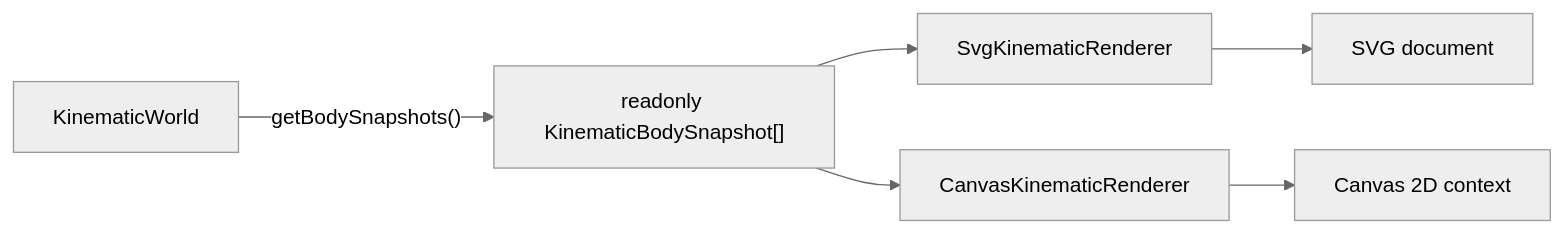
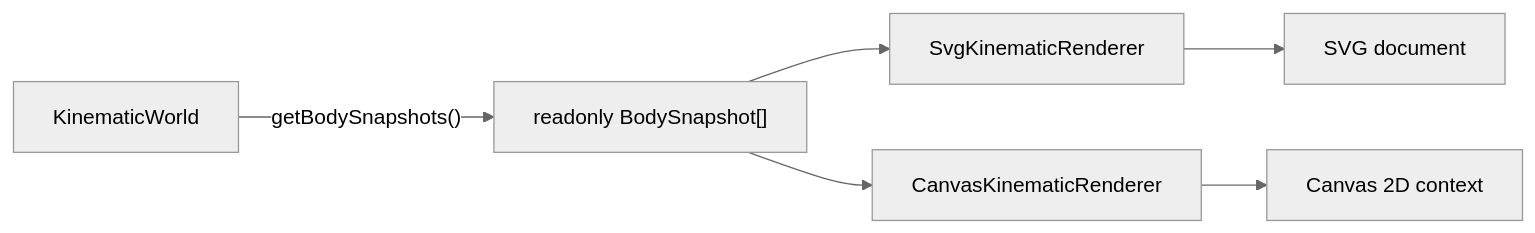
The ninth of 21 diagrams in docs/architecture/README.md (fa-ribeiro/vLab2D), drawn with Mermaid (neutral theme) before and after one commit. The commit also changed other lines of this file and 27 other files, not shown here.

````diff
--- a/docs/architecture/README.md
+++ b/docs/architecture/README.md
@@ -434,16 +438,16 @@
 ```mermaid
 flowchart LR
     WORLD["KinematicWorld"]
-    SNAP["readonly KinematicBodySnapshot[]"]
+    SNAP["readonly BodySnapshot[]"]
 
     SVG["SvgKinematicRenderer"]
     CANVAS["CanvasKinematicRenderer"]
 
     DOC["SVG document"]
     CTX["Canvas 2D context"]
 
     WORLD -->|"getBodySnapshots()"| SNAP
 
     SNAP --> SVG --> DOC
     SNAP --> CANVAS --> CTX
 ```
````
